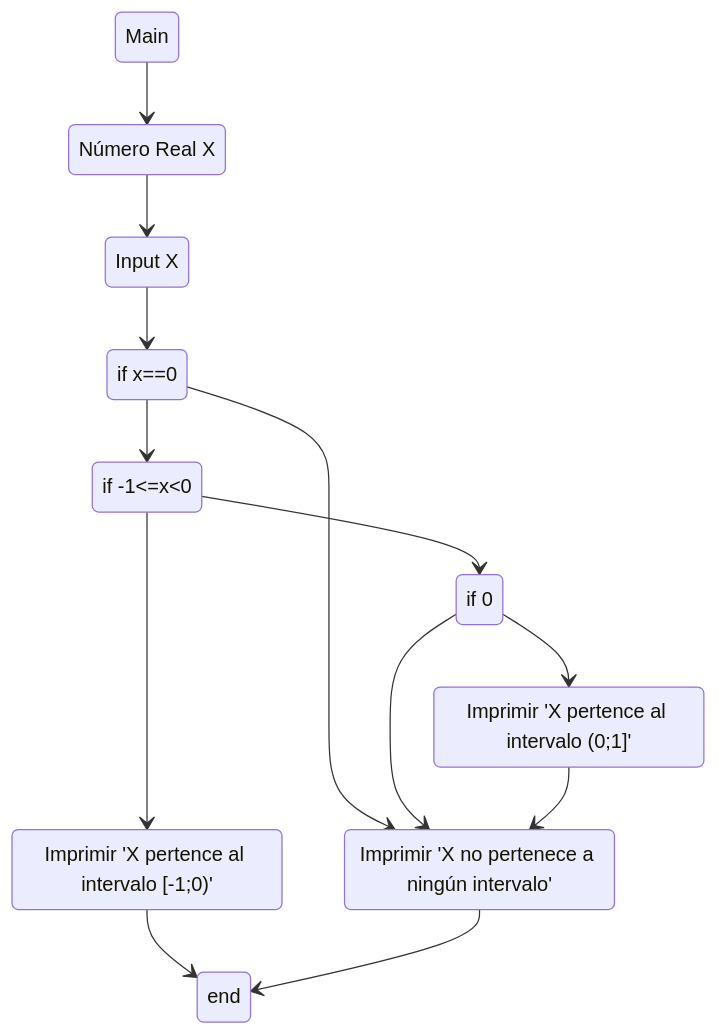
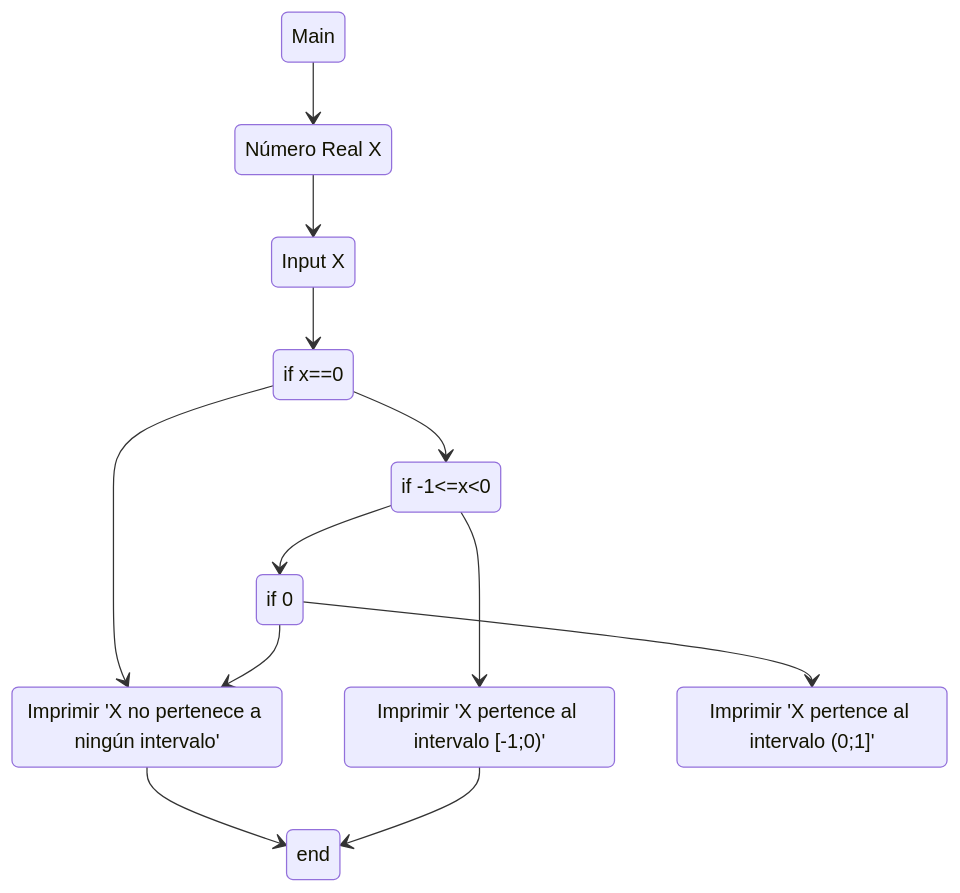
Before and after one commit to ValentinJM/TP-8: the diagram in Ejercicios/2.md, drawn with Mermaid.

````diff
--- a/Ejercicios/2.md
+++ b/Ejercicios/2.md
@@ -3,23 +3,22 @@
 ```mermaid
 stateDiagram-v2
 state "Número Real X" as A
 state "Input X" as B
 state "if x==0" as C
 state "Imprimir 'X no pertenece a ningún intervalo'" as D
 state "if -1<=x<0" as E
 state "Imprimir 'X pertence al intervalo [-1;0)'" as F
 state "if 0<x<=1" as G
 state "Imprimir 'X pertence al intervalo (0;1]'" as H
     Main --> A
     A --> B
     B --> C
     C --> D
+    D --> end
     C --> E
     E --> F
+    F --> end
     E --> G
     G --> H
     G --> D
-    F --> end
-    H --> D
-    D --> end
 ```
````
